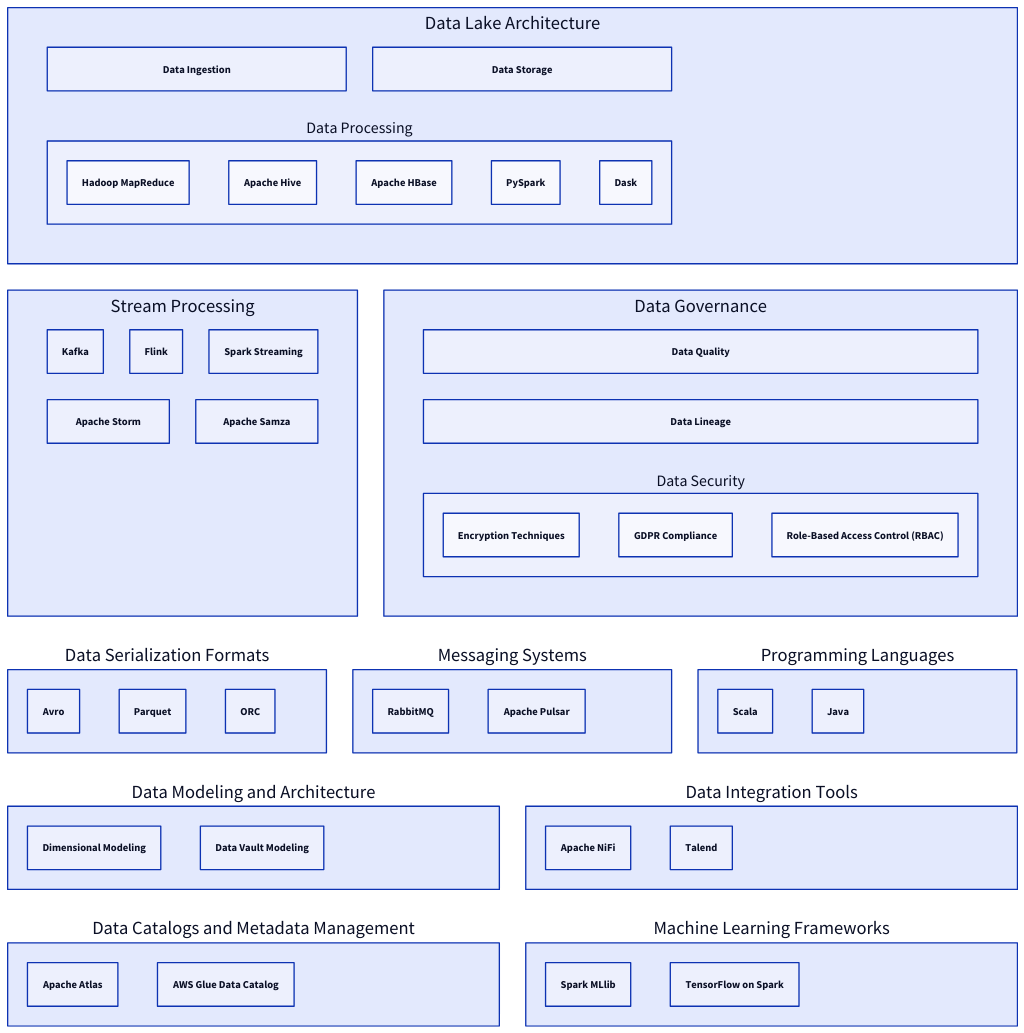
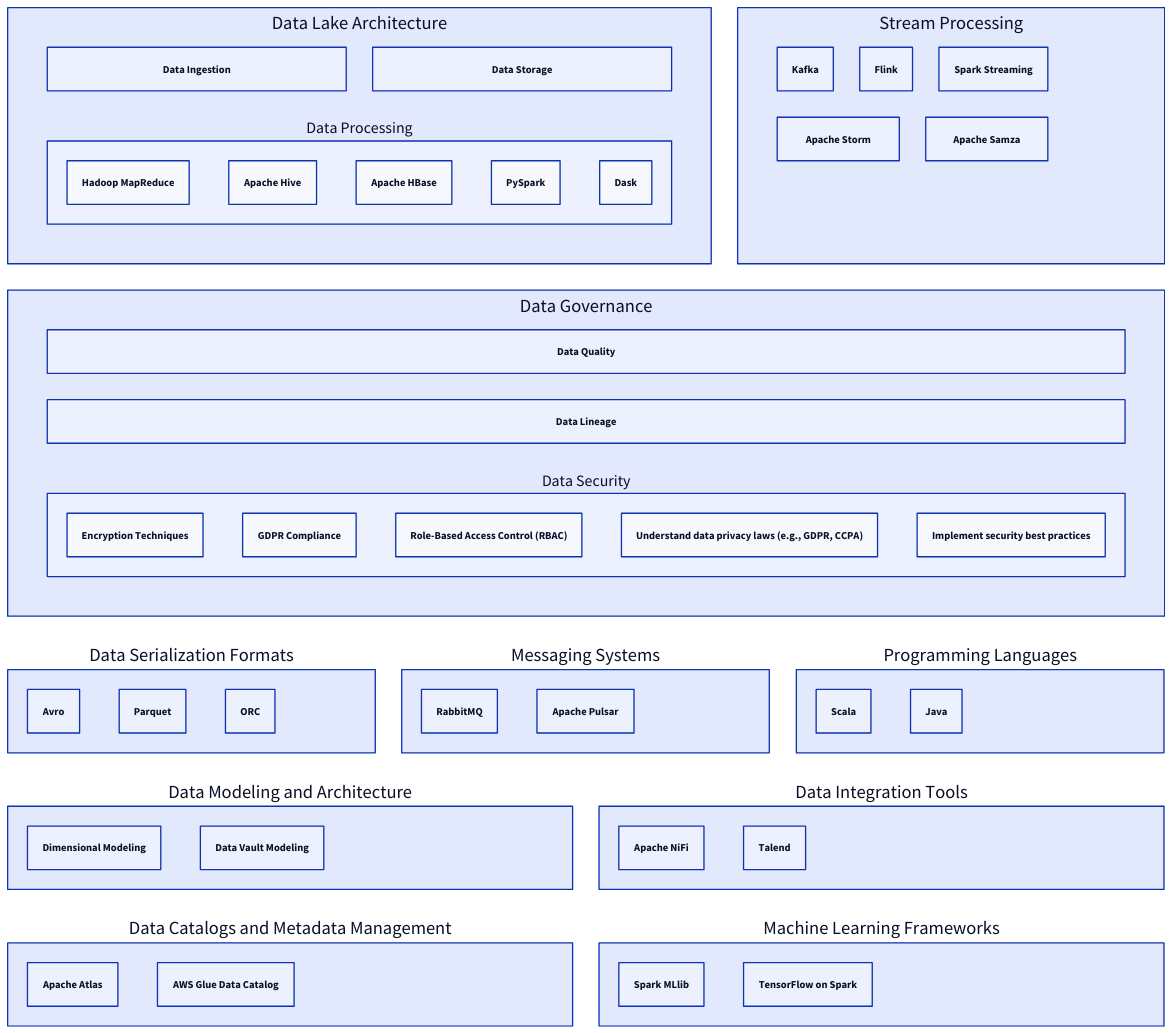
One commit to maycuatroi/blog changed the diagram in blogs/computer-vision-road-map/big_data_engineering.d2. Above: the diagram before and after it, drawn with D2. The commit also changed 7 other files, not shown here.

```diff
--- a/blogs/computer-vision-road-map/big_data_engineering.d2
+++ b/blogs/computer-vision-road-map/big_data_engineering.d2
@@ -1,182 +1,188 @@
 label: "Big Data Engineering"
 
 data_lake_architecture: {
   label: "Data Lake Architecture"
 
   data_ingestion: {
     label: "Data Ingestion"
   }
 
   data_storage: {
     label: "Data Storage"
   }
 
   data_processing: {
     label: "Data Processing"
 
     hadoop_mapreduce: {
       label: "Hadoop MapReduce"
     }
 
     apache_hive: {
       label: "Apache Hive"
     }
 
     apache_hbase: {
       label: "Apache HBase"
     }
 
     pyspark: {
       label: "PySpark"
     }
 
     dask: {
       label: "Dask"
     }
   }
   grid-rows: 2
 }
 
 stream_processing: {
   label: "Stream Processing"
 
   kafka: {
     label: "Kafka"
   }
 
   flink: {
     label: "Flink"
   }
 
   spark_streaming: {
     label: "Spark Streaming"
   }
 
   apache_storm: {
     label: "Apache Storm"
   }
 
   apache_samza: {
     label: "Apache Samza"
   }
   grid-rows: 2
 }
 
 data_governance: {
   label: "Data Governance"
 
   data_quality: {
     label: "Data Quality"
   }
 
   data_lineage: {
     label: "Data Lineage"
   }
 
   data_security: {
     label: "Data Security"
 
     encryption_techniques: {
       label: "Encryption Techniques"
     }
 
     gdpr_compliance: {
       label: "GDPR Compliance"
     }
 
     rbac: {
       label: "Role-Based Access Control (RBAC)"
+    }
+    data_privacy_laws: {
+      label: "Understand data privacy laws (e.g., GDPR, CCPA)"
+    }
+    security_best_practices: {
+      label: "Implement security best practices"
     }
   }
   grid-rows: 3
 }
 
 data_serialization_formats: {
   label: "Data Serialization Formats"
 
   avro: {
     label: "Avro"
   }
 
   parquet: {
     label: "Parquet"
   }
 
   orc: {
     label: "ORC"
   }
 }
 
 messaging_systems: {
   label: "Messaging Systems"
 
   rabbitmq: {
     label: "RabbitMQ"
   }
 
   apache_pulsar: {
     label: "Apache Pulsar"
   }
 }
 
 programming_languages: {
   label: "Programming Languages"
 
   scala: {
     label: "Scala"
   }
 
   java: {
     label: "Java"
   }
 }
 
 data_modeling_and_architecture: {
   label: "Data Modeling and Architecture"
 
   dimensional_modeling: {
     label: "Dimensional Modeling"
   }
 
   data_vault_modeling: {
     label: "Data Vault Modeling"
   }
 }
 
 data_integration_tools: {
   label: "Data Integration Tools"
 
   apache_nifi: {
     label: "Apache NiFi"
   }
 
   talend: {
     label: "Talend"
   }
 }
 
 data_catalogs_and_metadata_management: {
   label: "Data Catalogs and Metadata Management"
 
   apache_atlas: {
     label: "Apache Atlas"
   }
 
   aws_glue_data_catalog: {
     label: "AWS Glue Data Catalog"
   }
 }
 
 machine_learning_frameworks: {
   label: "Machine Learning Frameworks"
 
   spark_mllib: {
     label: "Spark MLlib"
   }
 
   tensorflow_on_spark: {
     label: "TensorFlow on Spark"
   }
 }
 
 grid-rows: 5
```
